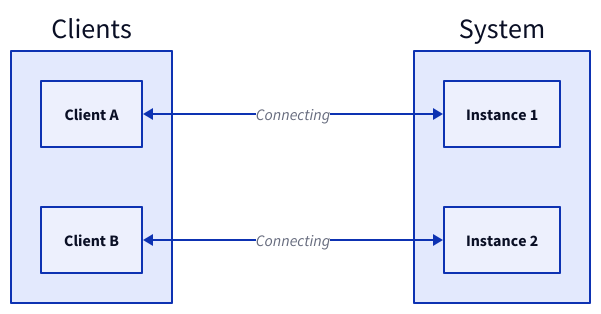
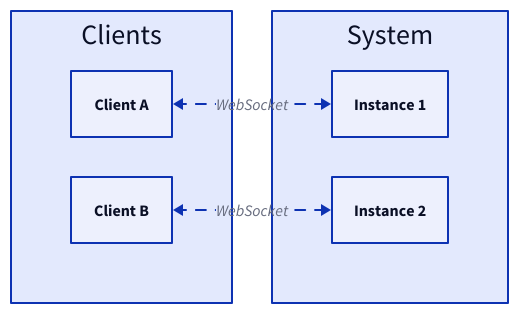
One commit to link1905/system-design-101 changed diagram 13 of 14 in content/web-service/service-cluster.md. Above: the diagram before and after it, drawn with D2. The commit also changed other lines of this file and 13 other files, not shown here.

````diff
--- a/content/web-service/service-cluster.md
+++ b/content/web-service/service-cluster.md
@@ -440,21 +412,27 @@
 ```d2
-direction: right
+grid-rows: 1
 c: Clients {
+  grid-rows: 2
     ca: Client A {
       class: client
     }
     cb: Client B {
       class: client
     }
 }
 system: System {
+  grid-rows: 2
     s1: Instance 1 {
       class: server
     }
     s2: Instance 2 {
       class: server
     }
 }
-c.ca <-> system.s1: Connecting
-c.cb <-> system.s2: Connecting
+c.ca <-> system.s1: WebSocket {
+  style.animated: true
+}
+c.cb <-> system.s2: WebSocket {
+  style.animated: true
+}
 ```
````
